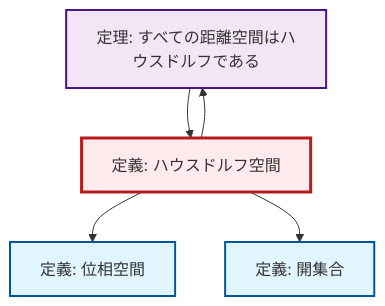
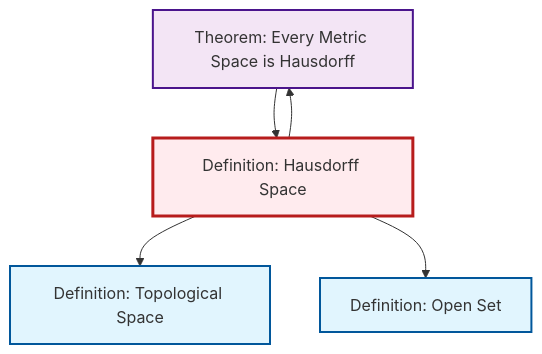
Before and after one commit to RK0429/ModernMath: the diagram in content/ja/topology/def-hausdorff.qmd, drawn with Mermaid. The commit also changed 203 other files, not shown here.

````diff
--- a/content/ja/topology/def-hausdorff.qmd
+++ b/content/ja/topology/def-hausdorff.qmd
@@ -54,22 +54,18 @@
 ```{mermaid}
-%%| fig-cap: "局所依存関係グラフ"
+%%| fig-cap: "Local dependency graph"
 graph TD
     classDef definition fill:#e1f5fe,stroke:#01579b,stroke-width:2px
     classDef theorem fill:#f3e5f5,stroke:#4a148c,stroke-width:2px
     classDef axiom fill:#fff3e0,stroke:#e65100,stroke-width:2px
     classDef example fill:#e8f5e9,stroke:#1b5e20,stroke-width:2px
     classDef current fill:#ffebee,stroke:#b71c1c,stroke-width:3px
-    def-open-set["定義: 開集合"]:::definition
-    thm-metric-hausdorff["定理: すべての距離空間はハウスドルフである"]:::theorem
-    def-topological-space["定義: 位相空間"]:::definition
-    def-hausdorff["定義: ハウスドルフ空間"]:::definition
+    def-open-set["Definition: Open Set"]:::definition
+    thm-metric-hausdorff["Theorem: Every Metric Space is Hausdorff"]:::theorem
+    def-topological-space["Definition: Topological Space"]:::definition
+    def-hausdorff["Definition: Hausdorff Space"]:::definition
     def-hausdorff --> def-topological-space
     def-hausdorff --> def-open-set
     def-hausdorff --> thm-metric-hausdorff
     thm-metric-hausdorff --> def-hausdorff
     class def-hausdorff current
-
-    click def-open-set "def-open-set.html" "Go to 定義: 開集合"
-    click thm-metric-hausdorff "thm-metric-hausdorff.html" "Go to 定理: すべての距離空間はハウスドルフである"
-    click def-topological-space "def-topological-space.html" "Go to 定義: 位相空間"
 ```
````
